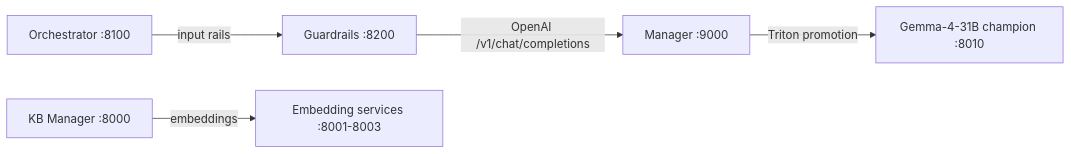
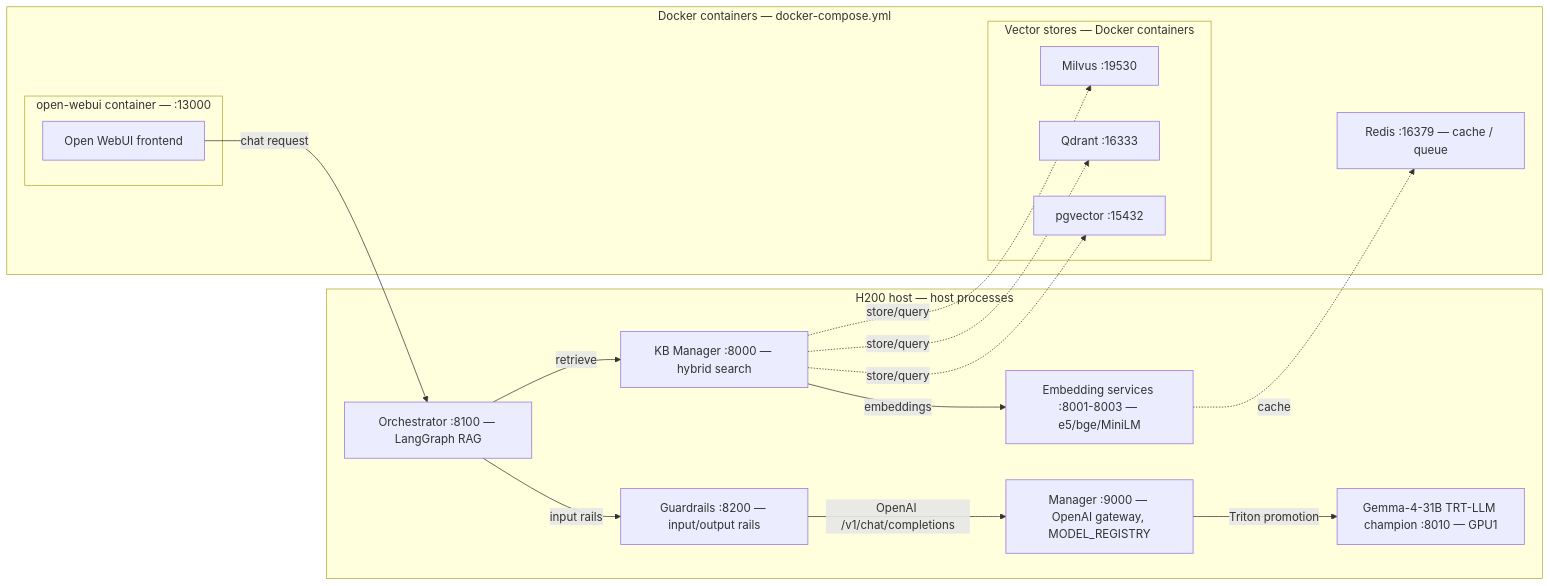
Before and after one commit to AliNikkhah2001/Work_RAG-Server-Setup: the third of 4 diagrams in README.md, drawn with Mermaid. The commit also changed other lines of this file, not shown here.

Commit message:
docs: add detailed + high-level architecture diagram variants with captions + Docker containers

````diff
--- a/README.md
+++ b/README.md
@@ -72,14 +112,34 @@
 ```mermaid
 flowchart LR
-    ORCH[Orchestrator :8100]
-    GR[Guardrails :8200]
-    MG[Manager :9000]
-    KB[KB Manager :8000]
-    EMB[Embedding services :8001-8003]
-    GEM[Gemma-4-31B champion :8010]
+    subgraph HOST["H200 host — host processes"]
+        ORCH[Orchestrator :8100 — LangGraph RAG]
+        GR[Guardrails :8200 — input/output rails]
+        MG[Manager :9000 — OpenAI gateway, MODEL_REGISTRY]
+        KB[KB Manager :8000 — hybrid search]
+        EMB[Embedding services :8001-8003 — e5/bge/MiniLM]
+        GEM[Gemma-4-31B TRT-LLM champion :8010 — GPU1]
+    end
 
+    subgraph DOCKER["Docker containers — docker-compose.yml"]
+        subgraph WEBUI["open-webui container — :13000"]
+            W[Open WebUI frontend]
+        end
+        subgraph VS["Vector stores — Docker containers"]
+            MIL[Milvus :19530]
+            QDR[Qdrant :16333]
+            PG[pgvector :15432]
+        end
+        RD[Redis :16379 — cache / queue]
+    end
+
+    W -->|chat request| ORCH
     ORCH -->|input rails| GR
     GR -->|OpenAI /v1/chat/completions| MG
     MG -->|Triton promotion| GEM
+    ORCH -->|retrieve| KB
     KB -->|embeddings| EMB
+    KB -.->|store/query| MIL
+    KB -.->|store/query| QDR
+    KB -.->|store/query| PG
+    EMB -.->|cache| RD
 ```
````
